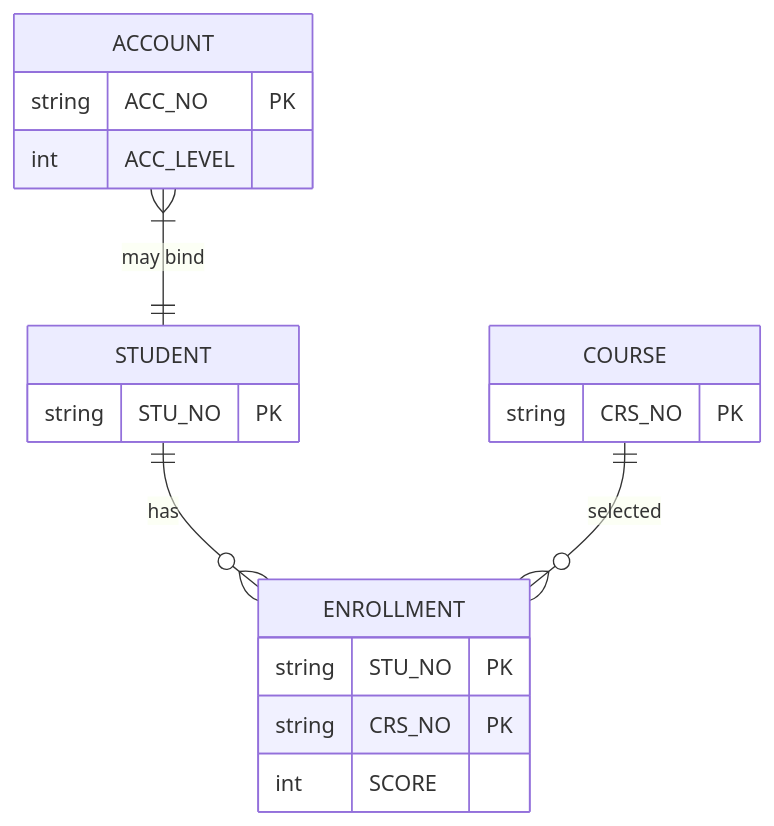
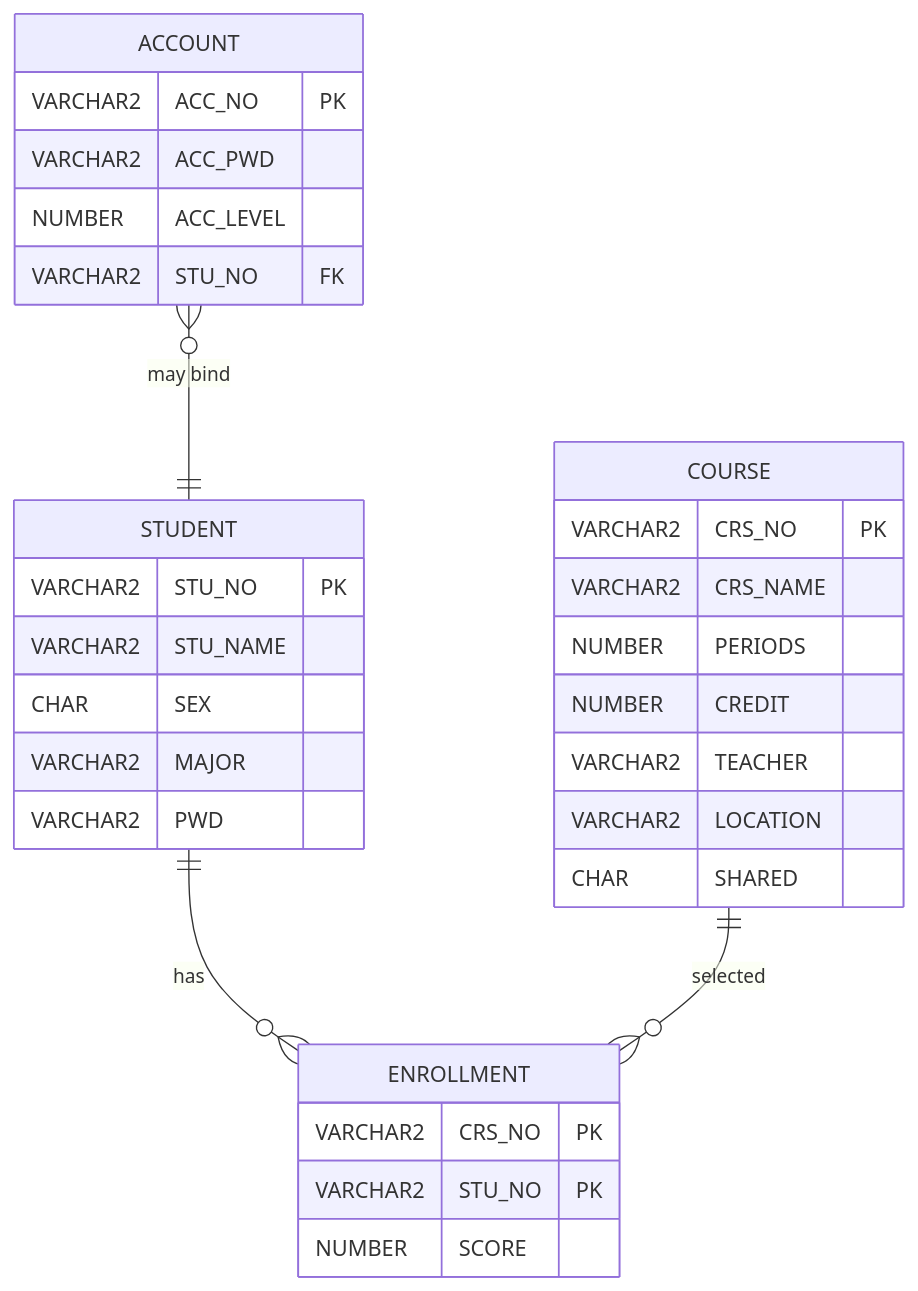
The second of 9 diagrams in docs/报告.md (Yaelnju/integrated-edu), drawn with Mermaid before and after one commit. The commit also changed other lines of this file and 42 other files, not shown here.

````diff
--- a/docs/报告.md
+++ b/docs/报告.md
@@ -70,13 +103,33 @@
 ```mermaid
 erDiagram
     STUDENT ||--o{ ENROLLMENT : "has"
     COURSE  ||--o{ ENROLLMENT : "selected"
-    ACCOUNT }|--|| STUDENT     : "may bind"
-    STUDENT { string STU_NO PK }
-    COURSE  { string CRS_NO PK }
-    ENROLLMENT { string STU_NO PK
-                 string CRS_NO PK
-                 int    SCORE }
-    ACCOUNT { string ACC_NO PK
-              int    ACC_LEVEL }
+    ACCOUNT }o--|| STUDENT    : "may bind"
+    STUDENT {
+        VARCHAR2 STU_NO   PK
+        VARCHAR2 STU_NAME
+        CHAR     SEX
+        VARCHAR2 MAJOR
+        VARCHAR2 PWD
+    }
+    COURSE {
+        VARCHAR2 CRS_NO   PK
+        VARCHAR2 CRS_NAME
+        NUMBER   PERIODS
+        NUMBER   CREDIT
+        VARCHAR2 TEACHER
+        VARCHAR2 LOCATION
+        CHAR     SHARED
+    }
+    ENROLLMENT {
+        VARCHAR2 CRS_NO   PK
+        VARCHAR2 STU_NO   PK
+        NUMBER   SCORE
+    }
+    ACCOUNT {
+        VARCHAR2 ACC_NO    PK
+        VARCHAR2 ACC_PWD
+        NUMBER   ACC_LEVEL
+        VARCHAR2 STU_NO    FK
+    }
 ```
````
